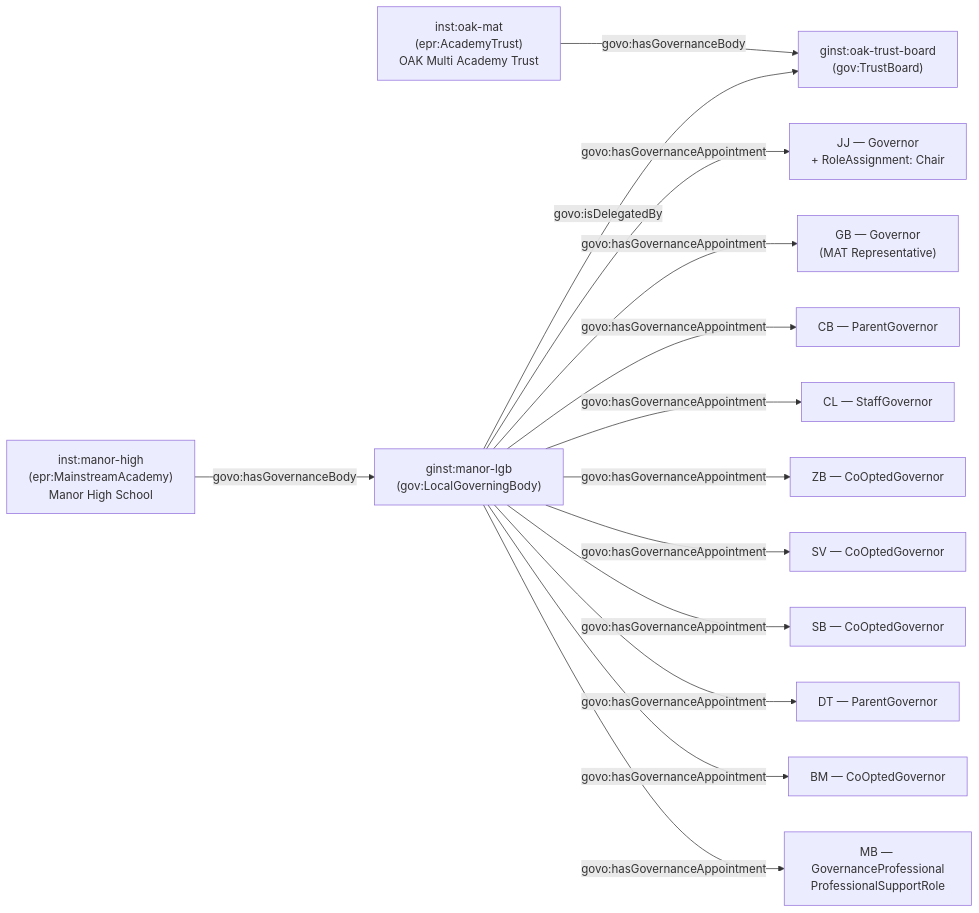
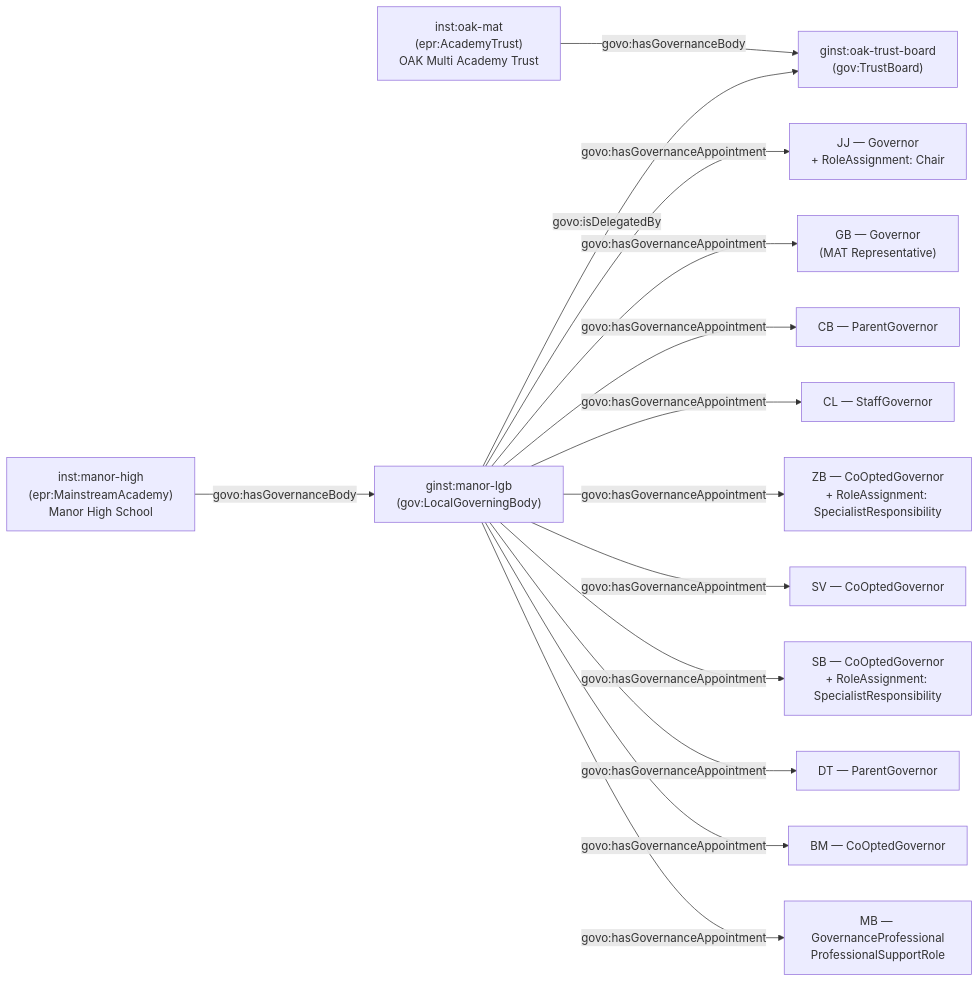
Before and after one commit to DFE-Digital/education-provider-registry-docs: the second of 2 diagrams in docs-site/content/models/governance/worked-examples/manor-high/index.md, drawn with Mermaid. The commit also changed other lines of this file and 3 other files, not shown here.

````diff
--- a/docs-site/content/models/governance/worked-examples/manor-high/index.md
+++ b/docs-site/content/models/governance/worked-examples/manor-high/index.md
@@ -84,22 +84,22 @@
 ```mermaid
 flowchart LR
     AT["inst:oak-mat<br/>(epr:AcademyTrust)<br/>OAK Multi Academy Trust"]
     S["inst:manor-high<br/>(epr:MainstreamAcademy)<br/>Manor High School"]
     TB["ginst:oak-trust-board<br/>(gov:TrustBoard)"]
     LGB["ginst:manor-lgb<br/>(gov:LocalGoverningBody)"]
 
     AT -->|govo:hasGovernanceBody| TB
     LGB -->|govo:isDelegatedBy| TB
     S -->|govo:hasGovernanceBody| LGB
 
     LGB -->|govo:hasGovernanceAppointment| G1["JJ — Governor<br/>+ RoleAssignment: Chair"]
     LGB -->|govo:hasGovernanceAppointment| G2["GB — Governor<br/>(MAT Representative)"]
     LGB -->|govo:hasGovernanceAppointment| G3["CB — ParentGovernor"]
     LGB -->|govo:hasGovernanceAppointment| G4["CL — StaffGovernor"]
-    LGB -->|govo:hasGovernanceAppointment| G5["ZB — CoOptedGovernor"]
+    LGB -->|govo:hasGovernanceAppointment| G5["ZB — CoOptedGovernor<br/>+ RoleAssignment: SpecialistResponsibility"]
     LGB -->|govo:hasGovernanceAppointment| G6["SV — CoOptedGovernor"]
-    LGB -->|govo:hasGovernanceAppointment| G7["SB — CoOptedGovernor"]
+    LGB -->|govo:hasGovernanceAppointment| G7["SB — CoOptedGovernor<br/>+ RoleAssignment: SpecialistResponsibility"]
     LGB -->|govo:hasGovernanceAppointment| G8["DT — ParentGovernor"]
     LGB -->|govo:hasGovernanceAppointment| G9["BM — CoOptedGovernor"]
     LGB -->|govo:hasGovernanceAppointment| P1["MB — GovernanceProfessional<br/>ProfessionalSupportRole"]
 ```
````
